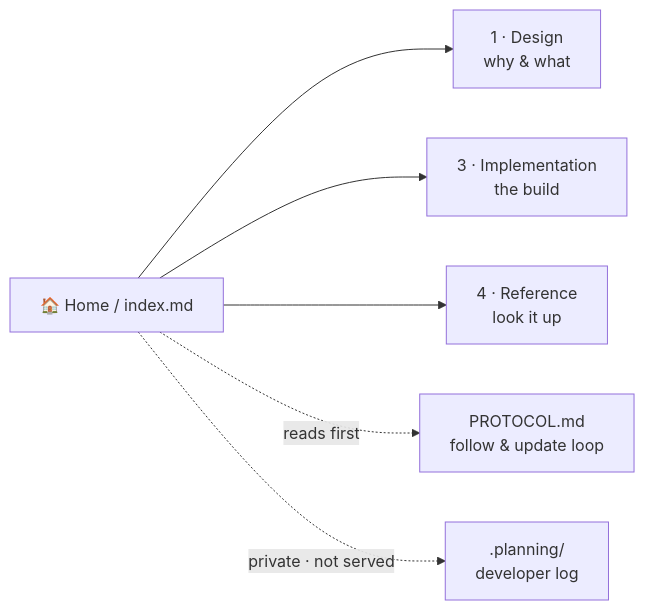
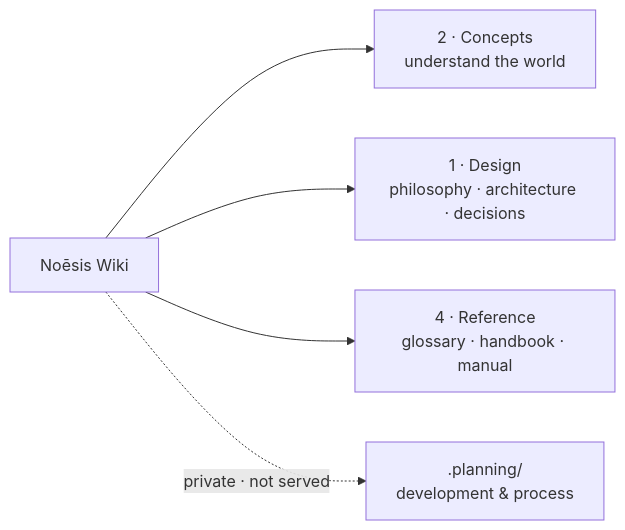
The diagram in wiki/index.md (ASKKPOP/Noesis), drawn with Mermaid before and after one commit. The commit also changed other lines of this file and 2 other files, not shown here.

First line of the commit message:
docs(wiki): Claude-docs-style theme — warm palette, card home, clean type

````diff
--- a/wiki/index.md
+++ b/wiki/index.md
@@ -17,8 +15,7 @@
 ```mermaid
 flowchart LR
-  H[🏠 Home / index.md] --> D[1 · Design<br/>why & what]
-  H --> I[3 · Implementation<br/>the build]
-  H --> R[4 · Reference<br/>look it up]
-  H -.reads first.-> PR[PROTOCOL.md<br/>follow & update loop]
-  H -.private · not served.-> DV[.planning/<br/>developer log]
+  H[Noēsis Wiki] --> C[2 · Concepts<br/>understand the world]
+  H --> D[1 · Design<br/>philosophy · architecture · decisions]
+  H --> R[4 · Reference<br/>glossary · handbook · manual]
+  H -.private · not served.-> DV[.planning/<br/>development & process]
 ```
````
